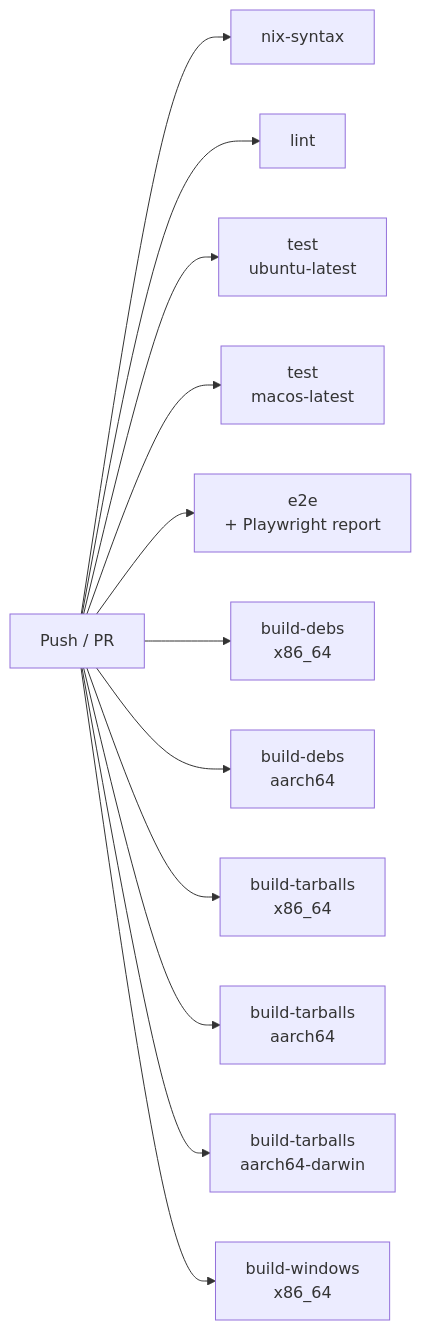
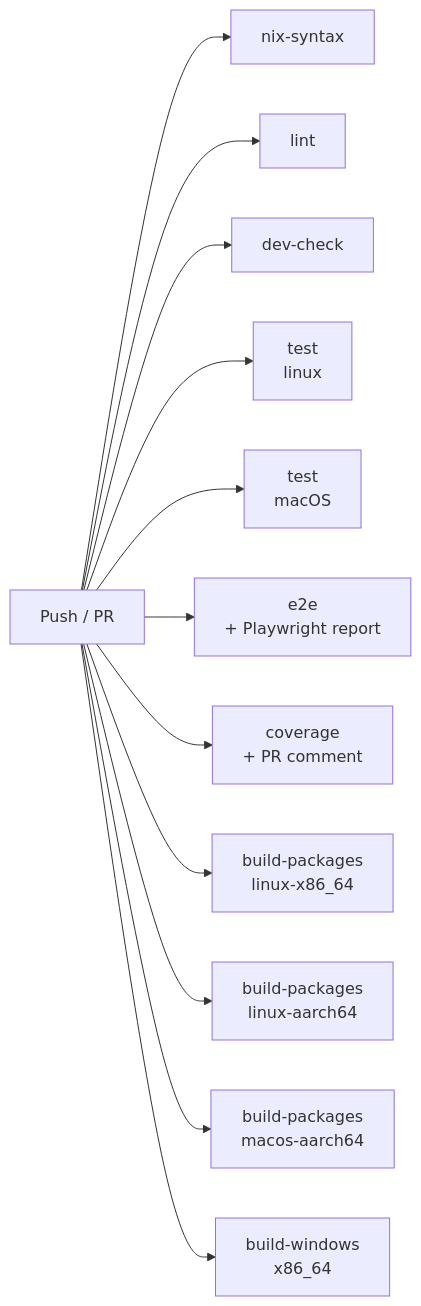
One commit to indent-com/blit changed the second of 7 diagrams in SERVICES.md. Above: the diagram before and after it, drawn with Mermaid. The commit also changed other lines of this file and 101 other files, not shown here.

````diff
--- a/SERVICES.md
+++ b/SERVICES.md
@@ -233,14 +230,14 @@
 ```mermaid
 flowchart LR
     PR[Push / PR] --> nix[nix-syntax]
     PR --> lint[lint]
-    PR --> test_linux[test<br>ubuntu-latest]
-    PR --> test_mac[test<br>macos-latest]
+    PR --> dev[dev-check]
+    PR --> test_linux[test<br>linux]
+    PR --> test_mac[test<br>macOS]
     PR --> e2e[e2e<br>+ Playwright report]
-    PR --> ci_debs_x86[build-debs<br>x86_64]
-    PR --> ci_debs_arm[build-debs<br>aarch64]
-    PR --> ci_tar_x86[build-tarballs<br>x86_64]
-    PR --> ci_tar_arm[build-tarballs<br>aarch64]
-    PR --> ci_tar_mac[build-tarballs<br>aarch64-darwin]
-    PR --> ci_win[build-windows<br>x86_64]
+    PR --> cov[coverage<br>+ PR comment]
+    PR --> pkg_x86[build-packages<br>linux-x86_64]
+    PR --> pkg_arm[build-packages<br>linux-aarch64]
+    PR --> pkg_mac[build-packages<br>macos-aarch64]
+    PR --> win[build-windows<br>x86_64]
 ```
````
